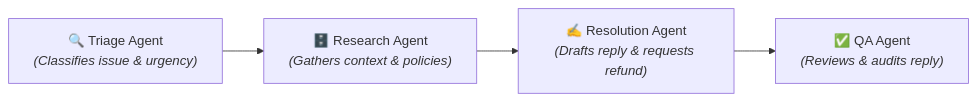
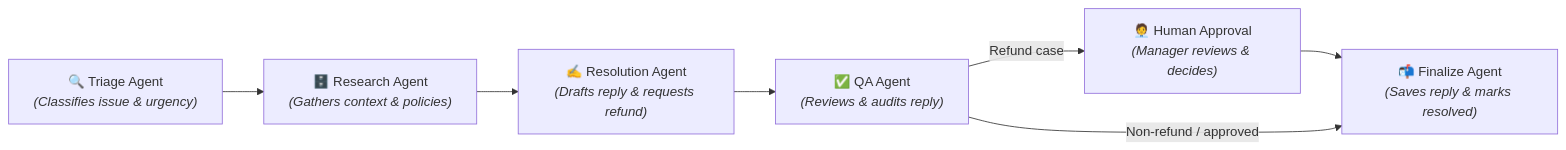
One commit to github-hc/multiagent-ecommerce-support-system changed the first of 2 diagrams in README.md. Above: the diagram before and after it, drawn with Mermaid. The commit also changed other lines of this file and 1 other file, not shown here.

````diff
--- a/README.md
+++ b/README.md
@@ -11,6 +11,9 @@
 ```mermaid
 graph LR
     Triage["🔍 Triage Agent<br><i>(Classifies issue & urgency)</i>"] --> Research["🗄️ Research Agent<br><i>(Gathers context & policies)</i>"]
     Research --> Resolution["✍️ Resolution Agent<br><i>(Drafts reply & requests refund)</i>"]
     Resolution --> QA["✅ QA Agent<br><i>(Reviews & audits reply)</i>"]
+    QA -->|"Refund case"| Human["🧑‍💼 Human Approval<br><i>(Manager reviews & decides)</i>"]
+    Human --> Finalize["📬 Finalize Agent<br><i>(Saves reply & marks resolved)</i>"]
+    QA -->|"Non-refund / approved"| Finalize
 ```
````
